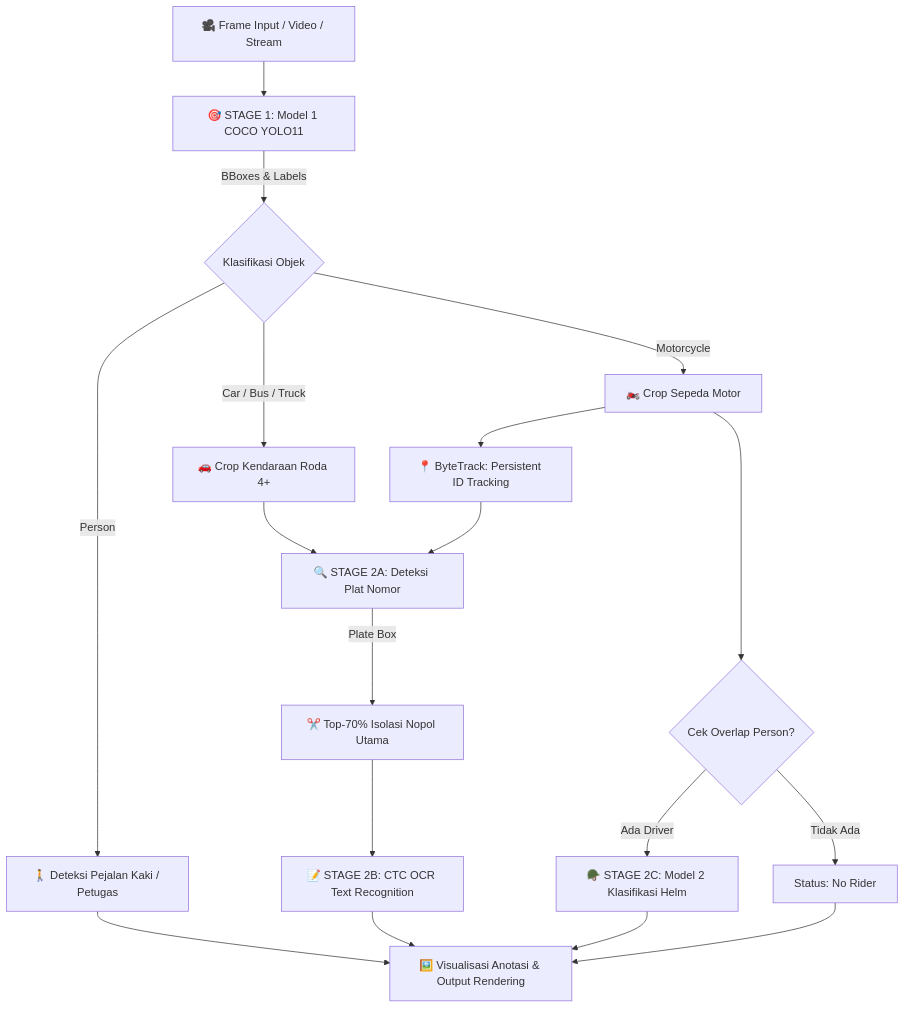
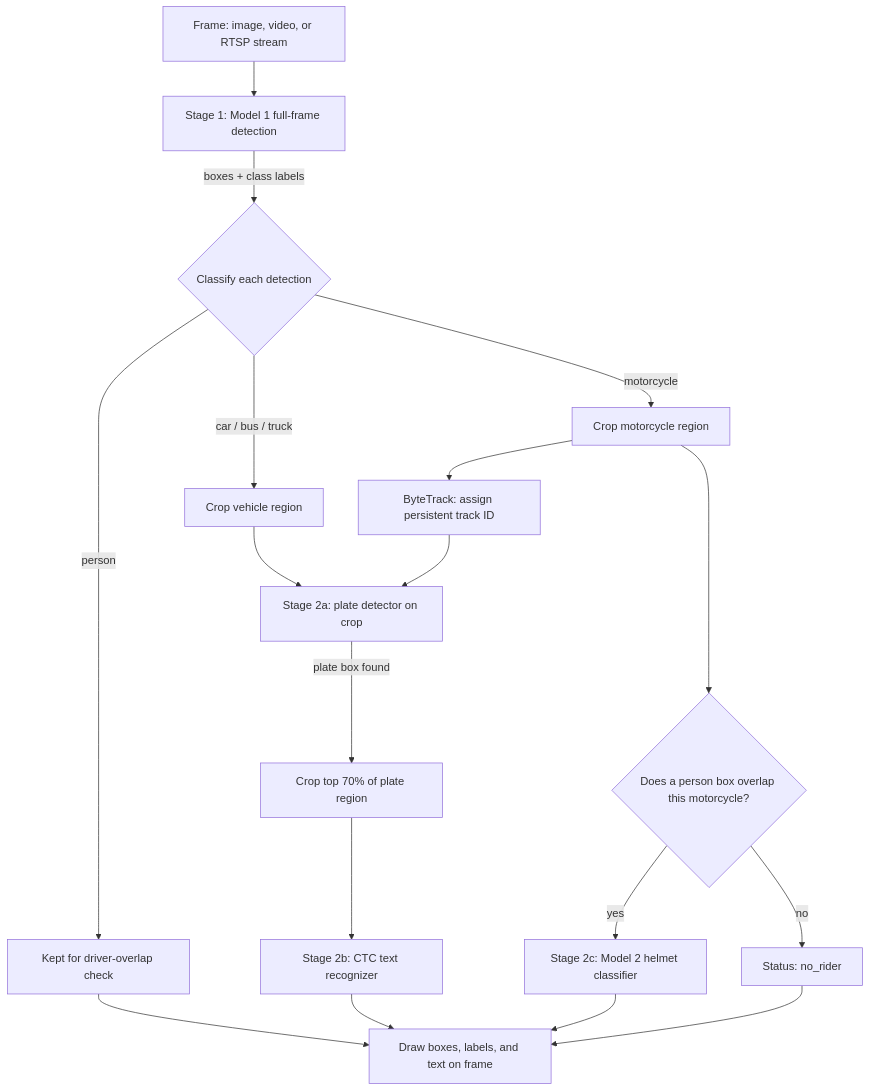
The diagram in README.md (BaimPriyatna/yolo-project), drawn with Mermaid before and after one commit. The commit also changed other lines of this file and 1 other file, not shown here.

````diff
--- a/README.md
+++ b/README.md
@@ -43,25 +47,25 @@
 ```mermaid
 flowchart TD
-    A[🎥 Frame Input / Video / Stream] --> B[🎯 STAGE 1: Model 1 COCO YOLO11]
-    B -->|BBoxes & Labels| C{Klasifikasi Objek}
-    
-    C -->|Person| D[🚶 Deteksi Pejalan Kaki / Petugas]
-    C -->|Car / Bus / Truck| E[🚗 Crop Kendaraan Roda 4+]
-    C -->|Motorcycle| F[🏍️ Crop Sepeda Motor]
-    
-    F --> G[📍 ByteTrack: Persistent ID Tracking]
-    G --> H[🔍 STAGE 2A: Deteksi Plat Nomor]
+    A[Frame: image, video, or RTSP stream] --> B[Stage 1: Model 1 full-frame detection]
+    B -->|boxes + class labels| C{Classify each detection}
+
+    C -->|person| D[Kept for driver-overlap check]
+    C -->|car / bus / truck| E[Crop vehicle region]
+    C -->|motorcycle| F[Crop motorcycle region]
+
+    F --> G[ByteTrack: assign persistent track ID]
+    G --> H[Stage 2a: plate detector on crop]
     E --> H
-    
-    H -->|Plate Box| I[✂️ Top-70% Isolasi Nopol Utama]
-    I --> J[📝 STAGE 2B: CTC OCR Text Recognition]
-    
-    F --> K{Cek Overlap Person?}
-    K -->|Ada Driver| L[🪖 STAGE 2C: Model 2 Klasifikasi Helm]
-    K -->|Tidak Ada| M[Status: No Rider]
-    
-    J --> N[🖼️ Visualisasi Anotasi & Output Rendering]
+
+    H -->|plate box found| I[Crop top 70% of plate region]
+    I --> J[Stage 2b: CTC text recognizer]
+
+    F --> K{Does a person box overlap this motorcycle?}
+    K -->|yes| L[Stage 2c: Model 2 helmet classifier]
+    K -->|no| M[Status: no_rider]
+
+    J --> N[Draw boxes, labels, and text on frame]
     L --> N
     M --> N
     D --> N
 ```
````
